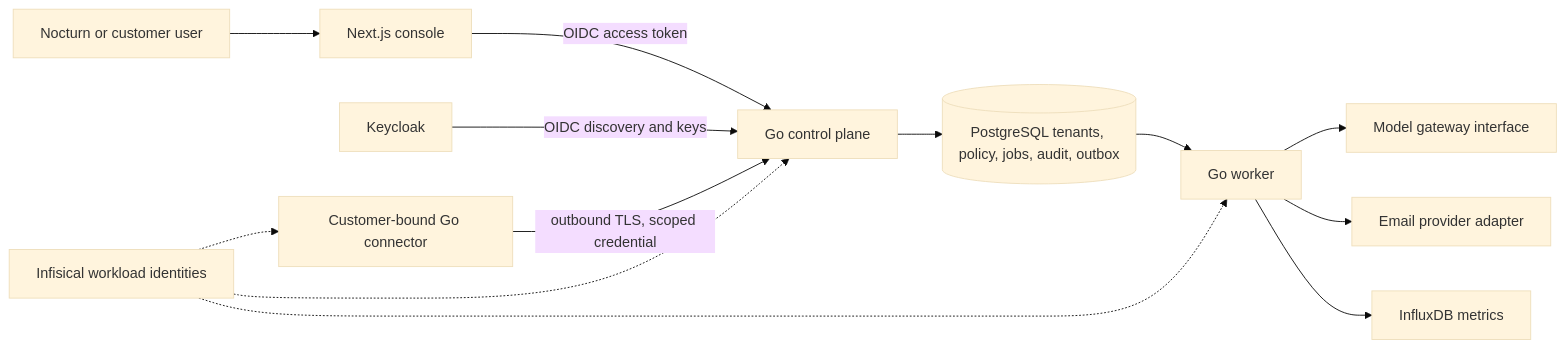
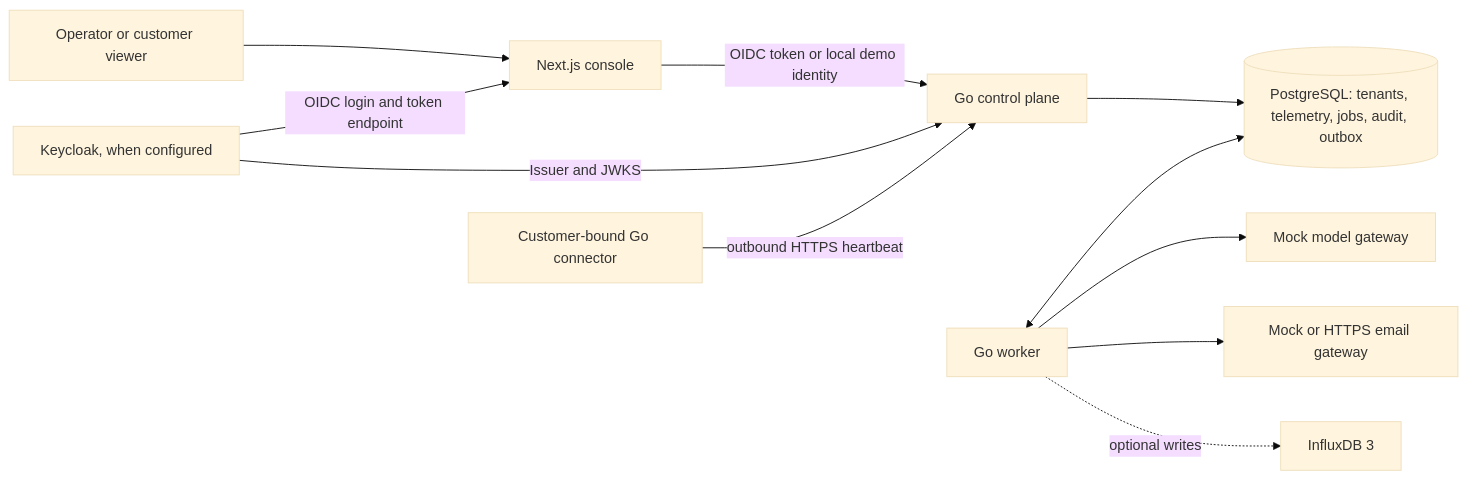
One commit to AbdulNafaySarmad1/Astraea changed the diagram in README.md. Above: the diagram before and after it, drawn with Mermaid (base theme). The commit also changed other lines of this file, not shown here.

Commit message:
docs: document AegisOps architecture and local demo

````diff
--- a/README.md
+++ b/README.md
@@ -9,15 +24,13 @@
 ```mermaid
 flowchart LR
-  U[Nocturn or customer user] --> W[Next.js console]
-  W -->|OIDC access token| A[Go control plane]
-  K[Keycloak] -->|OIDC discovery and keys| A
-  A --> P[(PostgreSQL tenants, policy, jobs, audit, outbox)]
-  C[Customer-bound Go connector] -->|outbound TLS, scoped credential| A
-  P --> J[Go worker]
-  J --> M[Model gateway interface]
-  J --> E[Email provider adapter]
-  J --> I[InfluxDB metrics]
-  S[Infisical workload identities] -.-> A
-  S -.-> J
-  S -.-> C
+  U[Operator or customer viewer] --> W[Next.js console]
+  W -->|OIDC token or local demo identity| A[Go control plane]
+  K[Keycloak, when configured] -->|OIDC login and token endpoint| W
+  K -->|Issuer and JWKS| A
+  A --> P[(PostgreSQL: tenants, telemetry, jobs, audit, outbox)]
+  C[Customer-bound Go connector] -->|outbound HTTPS heartbeat| A
+  J[Go worker] <--> P
+  J --> M[Mock model gateway]
+  J --> E[Mock or HTTPS email gateway]
+  J -. optional writes .-> I[InfluxDB 3]
 ```
````
